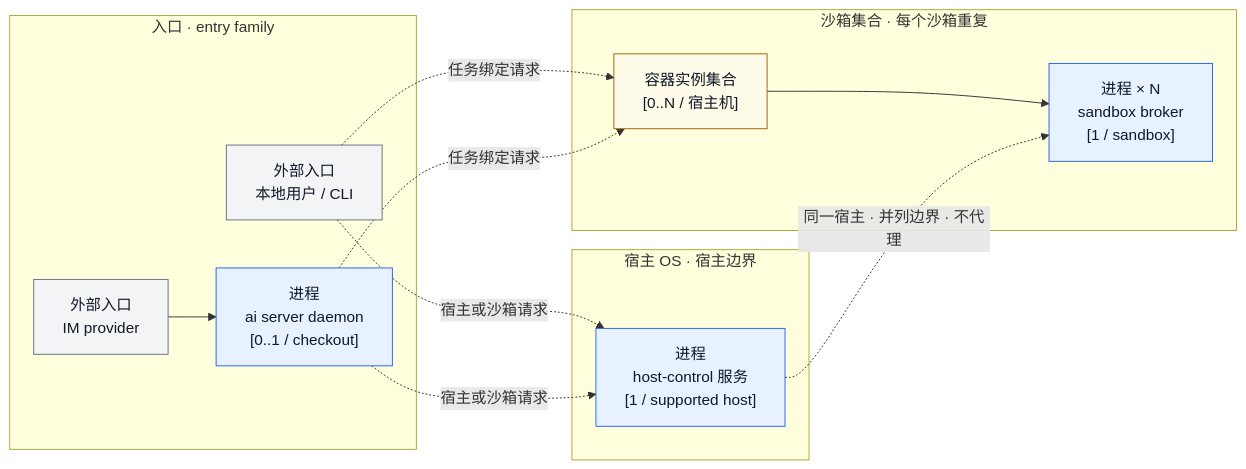
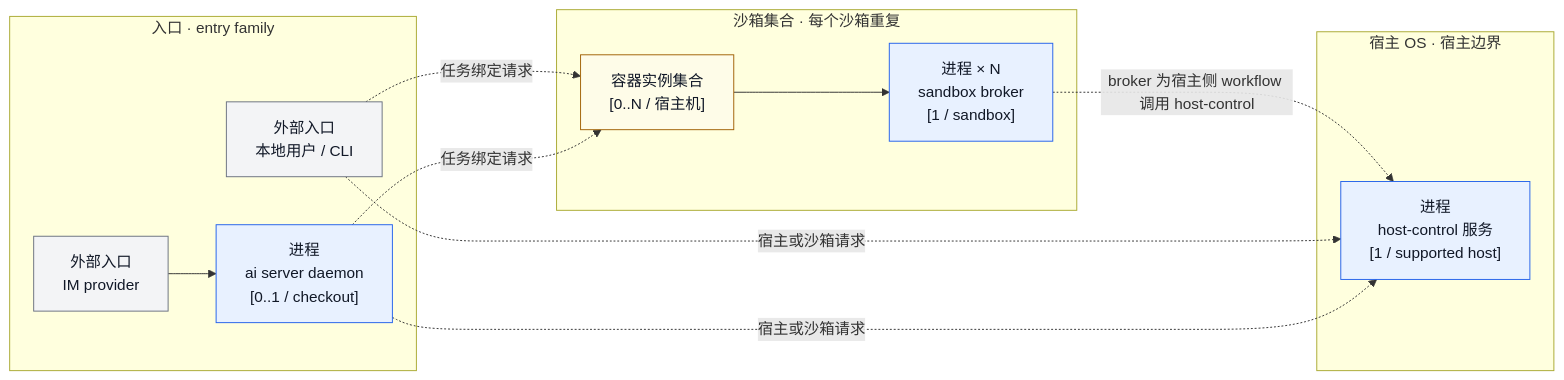
The second of 4 diagrams in docs/zh-CN/architecture.md (fitlab-ai/agent-infra), drawn with Mermaid before and after one commit. The commit also changed other lines of this file and 1 other file, not shown here.

Commit message:
docs(architecture): correct broker call direction

````diff
--- a/docs/zh-CN/architecture.md
+++ b/docs/zh-CN/architecture.md
@@ -57,30 +57,30 @@
 ```mermaid
 flowchart LR
   classDef process fill:#e8f1ff,stroke:#2563eb,color:#111827;
   classDef boundary fill:#fefce8,stroke:#a16207,color:#111827;
   classDef external fill:#f3f4f6,stroke:#6b7280,color:#111827;
 
   subgraph I["入口 · entry family"]
     CLI["外部入口<br/>本地用户 / CLI"]:::external
     IM["外部入口<br/>IM provider"]:::external
     D["进程<br/>ai server daemon<br/>[0..1 / checkout]"]:::process
     IM --> D
   end
 
   subgraph H["宿主 OS · 宿主边界"]
     HC["进程<br/>host-control 服务<br/>[1 / supported host]"]:::process
   end
 
   subgraph F["沙箱集合 · 每个沙箱重复"]
     C["容器实例集合<br/>[0..N / 宿主机]"]:::boundary
     B["进程 × N<br/>sandbox broker<br/>[1 / sandbox]"]:::process
     C --> B
   end
 
-  HC -. "同一宿主 · 并列边界 · 不代理" .-> B
+  B -. "broker 为宿主侧 workflow 调用 host-control" .-> HC
 
   CLI -. 宿主或沙箱请求 .-> HC
   D -. 宿主或沙箱请求 .-> HC
   CLI -. 任务绑定请求 .-> C
   D -. 任务绑定请求 .-> C
 ```
````
